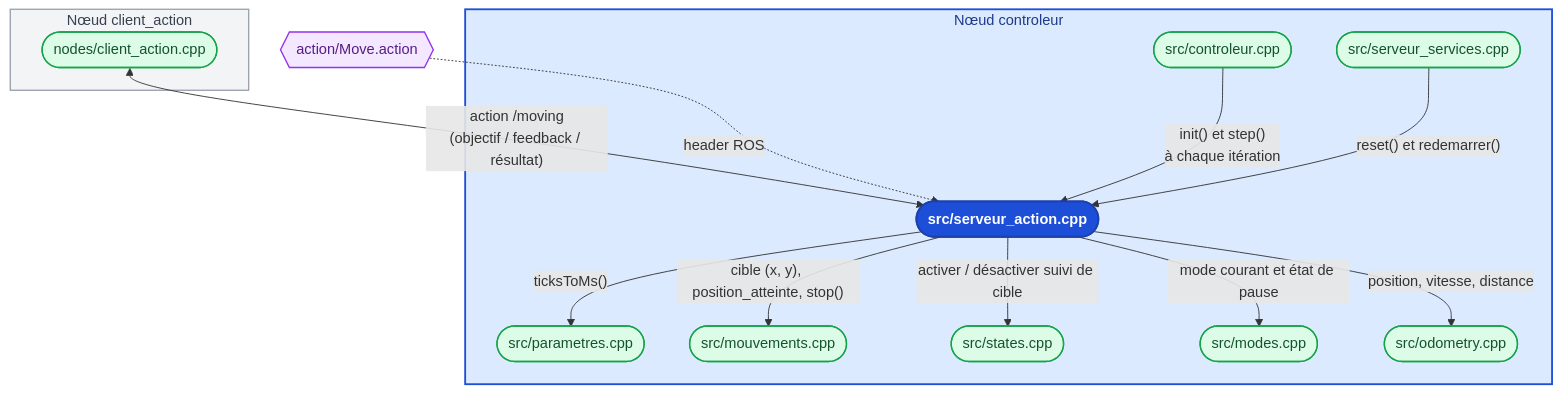
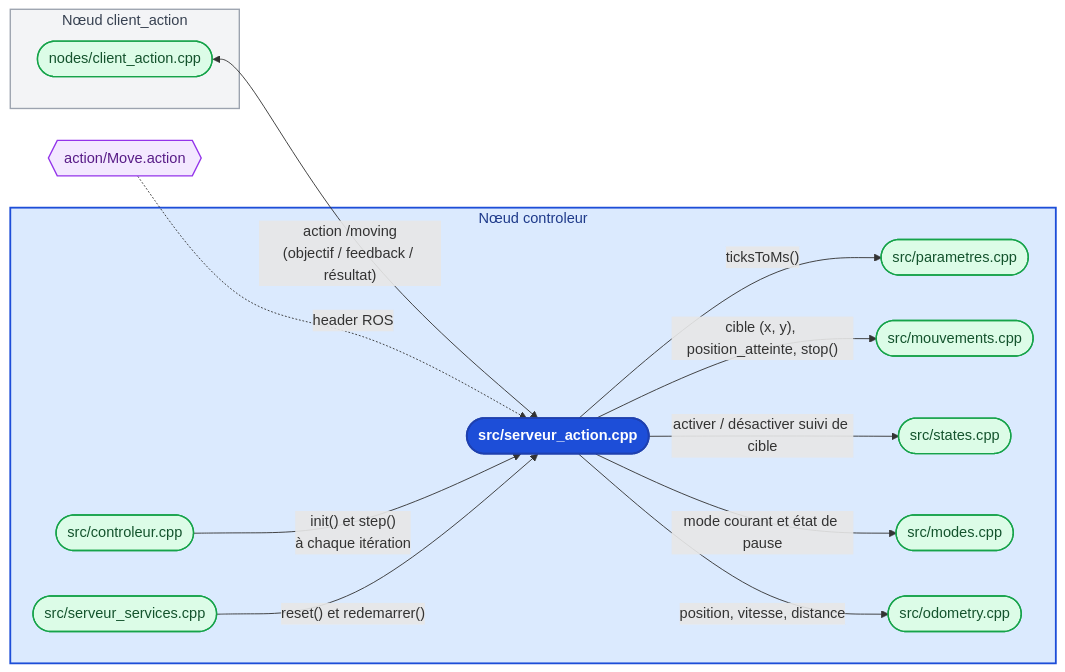
One commit to benoitdekeyn/E4SE_TD_TP changed diagram 13 of 18 in robotique_et_navigation/Rapport/Rapport.md. Above: the diagram before and after it, drawn with Mermaid. The commit also changed other lines of this file and 2 other files, not shown here.

Commit message:
adaptation des tailles des mermaids + retrait gras et separateurs inutiles

````diff
--- a/robotique_et_navigation/Rapport/Rapport.md
+++ b/robotique_et_navigation/Rapport/Rapport.md
@@ -1049,40 +1071,40 @@
 ```mermaid
-flowchart TB
+flowchart LR
     A_MOVE{{"`action/Move.action`"}}
 
     subgraph SG_CACT["Nœud client_action"]
         N_CACT(["`nodes/client_action.cpp`"])
     end
 
     subgraph SG_CTRL["Nœud controleur"]
         N_CTRL(["`src/controleur.cpp`"])
         NODE(["`**src/serveur_action.cpp**`"])
         N_PARAMS(["`src/parametres.cpp`"])
         N_MVT(["`src/mouvements.cpp`"])
         N_STATES(["`src/states.cpp`"])
         N_MODES(["`src/modes.cpp`"])
         N_ODOM(["`src/odometry.cpp`"])
         N_SSRV(["`src/serveur_services.cpp`"])
     end
 
     A_MOVE -.->|"header ROS"| NODE
 
     N_CACT <-->|"action /moving<br/>(objectif / feedback / résultat)"| NODE
     N_CTRL -->|"init() et step()<br/>à chaque itération"| NODE
     N_SSRV -->|"reset() et redemarrer()"| NODE
 
     NODE -->|"ticksToMs()"| N_PARAMS
     NODE -->|"cible (x, y), position_atteinte, stop()"| N_MVT
     NODE -->|"activer / désactiver suivi de cible"| N_STATES
     NODE -->|"mode courant et état de pause"| N_MODES
     NODE -->|"position, vitesse, distance"| N_ODOM
 
     classDef cpp fill:#dcfce7,stroke:#16a34a,stroke-width:1.5px,color:#14532d
     classDef autre fill:#f3e8ff,stroke:#9333ea,stroke-width:1.5px,color:#581c87
 
     class N_CACT,N_CTRL,N_PARAMS,N_MVT,N_STATES,N_MODES,N_ODOM,N_SSRV cpp
     class A_MOVE autre
     style SG_CTRL fill:#dbeafe,stroke:#1d4ed8,stroke-width:2px,color:#1e3a8a
     style NODE fill:#1d4ed8,stroke:#1e40af,stroke-width:2px,color:#ffffff
     style SG_CACT fill:#f3f4f6,stroke:#9ca3af,stroke-width:1.5px,color:#374151
 ```
````
